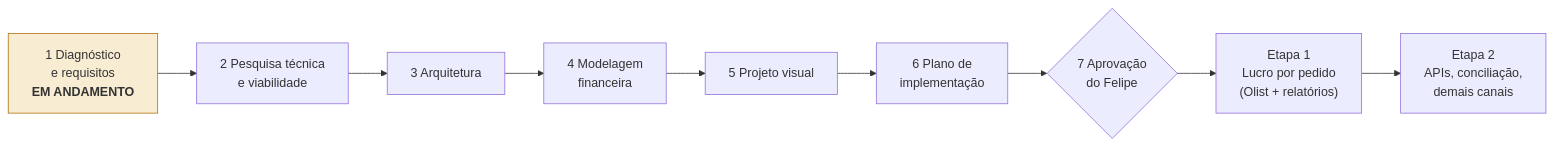
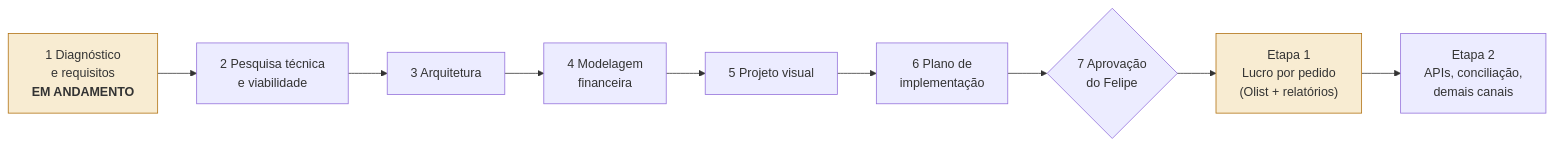
The diagram in ROADMAP.md (felipevertex/precificacaojms), drawn with Mermaid before and after one commit. The commit also changed other lines of this file and 9 other files, not shown here.

Commit message:
Registro completo da sessao 2: RETOMAR.md, lembrete no ROADMAP, diario, guia de relatorios e operacao da VPS

````diff
--- a/ROADMAP.md
+++ b/ROADMAP.md
@@ -7,12 +37,13 @@
 ```mermaid
 flowchart LR
     F1["1 Diagnóstico<br/>e requisitos<br/><b>EM ANDAMENTO</b>"] --> F2["2 Pesquisa técnica<br/>e viabilidade"]
     F2 --> F3["3 Arquitetura"]
     F3 --> F4["4 Modelagem<br/>financeira"]
     F4 --> F5["5 Projeto visual"]
     F5 --> F6["6 Plano de<br/>implementação"]
     F6 --> F7{"7 Aprovação<br/>do Felipe"}
     F7 --> E1["Etapa 1<br/>Lucro por pedido<br/>(Olist + relatórios)"]
     E1 --> E2["Etapa 2<br/>APIs, conciliação,<br/>demais canais"]
     style F1 fill:#f8ecd2,stroke:#b0700f
+    style E1 fill:#f8ecd2,stroke:#b0700f
 ```
````
